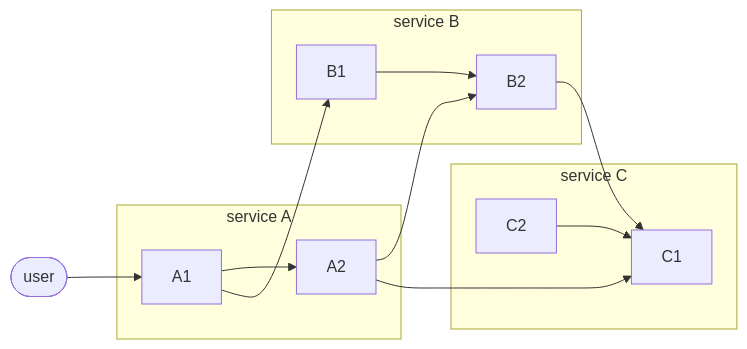
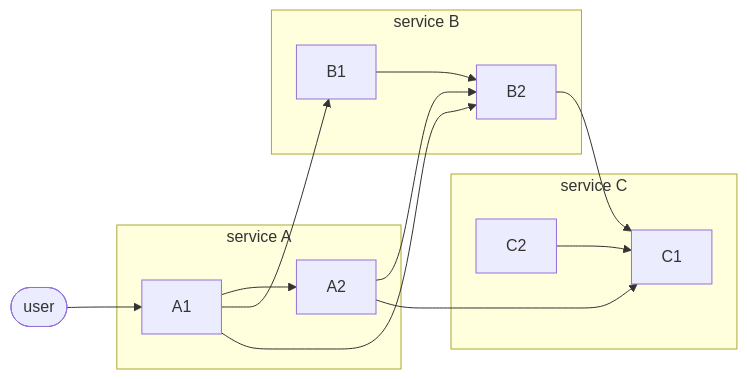
One commit to 42jerrykim/42jerrykim.github.io changed the first of 3 diagrams in content/post/2026/2026-07-20-critical-path-tracing-distributed-latency/index.md. Above: the diagram before and after it, drawn with Mermaid. The commit also changed other lines of this file, not shown here.

````diff
--- a/content/post/2026/2026-07-20-critical-path-tracing-distributed-latency/index.md
+++ b/content/post/2026/2026-07-20-critical-path-tracing-distributed-latency/index.md
@@ -89,23 +54,24 @@
 ```mermaid
 graph LR
     User(["user"]) --> A1["A1"]
     subgraph SvcA["service A"]
         A1
         A2["A2"]
     end
     subgraph SvcB["service B"]
         B1["B1"]
         B2["B2"]
     end
     subgraph SvcC["service C"]
         C1["C1"]
         C2["C2"]
     end
     A1 --> A2
     A1 --> B1
+    A1 --> B2
     B1 --> B2
     A2 --> B2
     A2 --> C1
     B2 --> C1
     C2 --> C1
 ```
````
